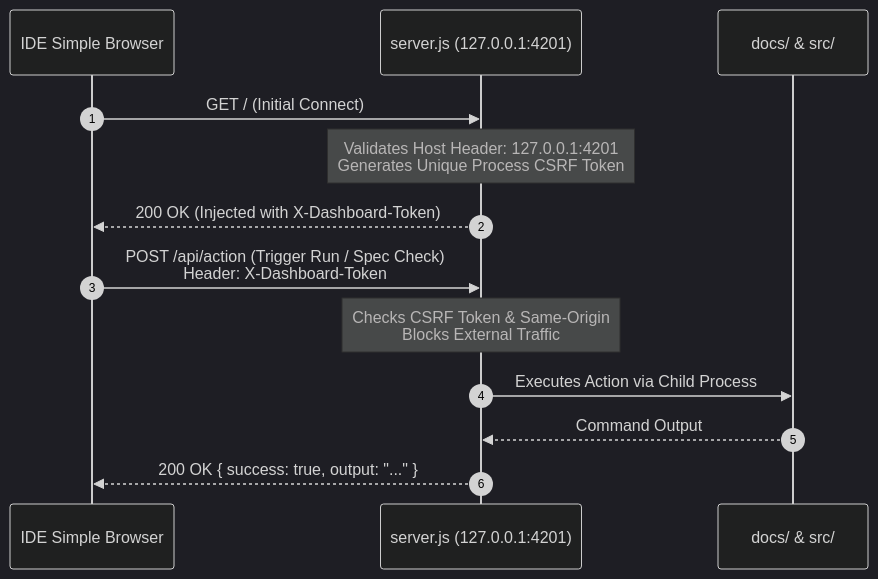
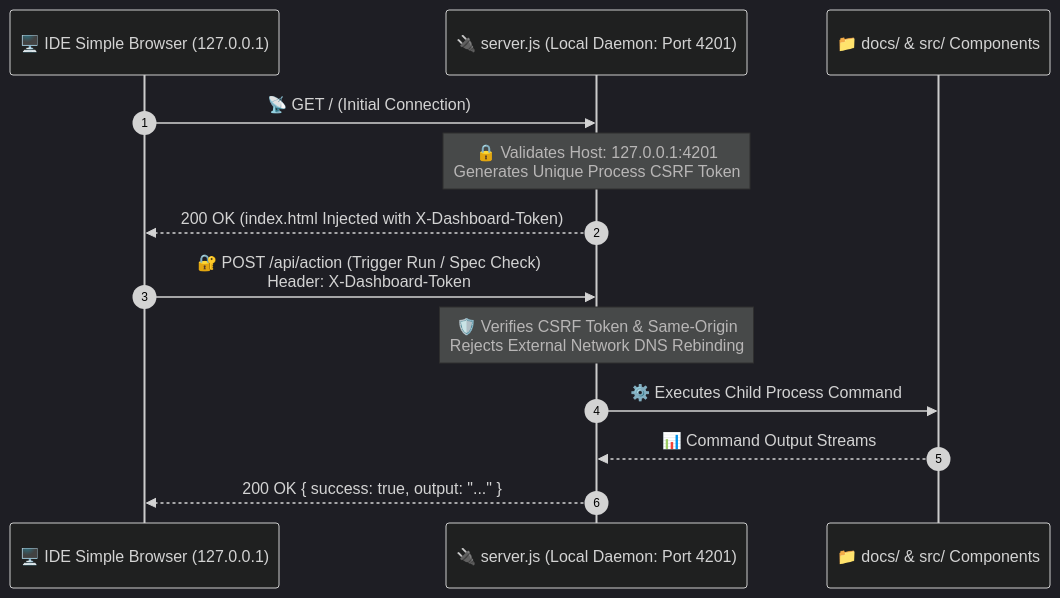
One commit to rmsofficialsyt/Agentic-AI-Vibe-Coding-AND-SDD-TDD-Codebase-Chandan-Adhikary changed the fourth of 4 diagrams in Vibe-Coding-Chandan-Adhikary/Vibe-Coding/Project-Manager-Dashboard/README.md. Above: the diagram before and after it, drawn with Mermaid (dark theme). The commit also changed other lines of this file and 23 other files, not shown here.

Commit message:
docs: redesign diagrams to Eraser.io visual style and regenerate MANIFEST.json

````diff
--- a/Vibe-Coding-Chandan-Adhikary/Vibe-Coding/Project-Manager-Dashboard/README.md
+++ b/Vibe-Coding-Chandan-Adhikary/Vibe-Coding/Project-Manager-Dashboard/README.md
@@ -132,17 +141,17 @@
 ```mermaid
 sequenceDiagram
     autonumber
-    participant IDE as IDE Simple Browser
-    participant Daemon as server.js (127.0.0.1:4201)
-    participant Core as docs/ & src/
+    participant IDE as 🖥️ IDE Simple Browser (127.0.0.1)
+    participant Daemon as 🔌 server.js (Local Daemon: Port 4201)
+    participant Core as 📁 docs/ & src/ Components
 
-    IDE->>Daemon: GET / (Initial Connect)
-    Note over Daemon: Validates Host Header: 127.0.0.1:4201<br/>Generates Unique Process CSRF Token
-    Daemon-->>IDE: 200 OK (Injected with X-Dashboard-Token)
+    IDE->>Daemon: 📡 GET / (Initial Connection)
+    Note over Daemon: 🔒 Validates Host: 127.0.0.1:4201<br/>Generates Unique Process CSRF Token
+    Daemon-->>IDE: 200 OK (index.html Injected with X-Dashboard-Token)
 
-    IDE->>Daemon: POST /api/action (Trigger Run / Spec Check)<br/>Header: X-Dashboard-Token
-    Note over Daemon: Checks CSRF Token & Same-Origin<br/>Blocks External Traffic
-    Daemon->>Core: Executes Action via Child Process
-    Core-->>Daemon: Command Output
+    IDE->>Daemon: 🔐 POST /api/action (Trigger Run / Spec Check)<br/>Header: X-Dashboard-Token
+    Note over Daemon: 🛡️ Verifies CSRF Token & Same-Origin<br/>Rejects External Network DNS Rebinding
+    Daemon->>Core: ⚙️ Executes Child Process Command
+    Core-->>Daemon: 📊 Command Output Streams
     Daemon-->>IDE: 200 OK { success: true, output: "..." }
 ```
````
